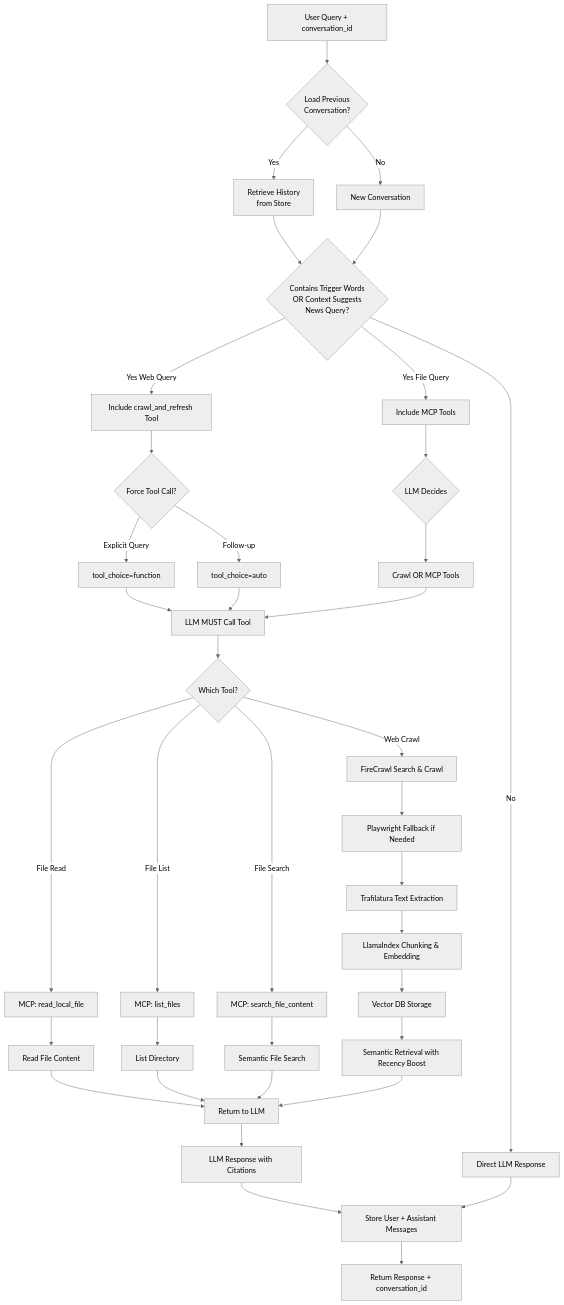
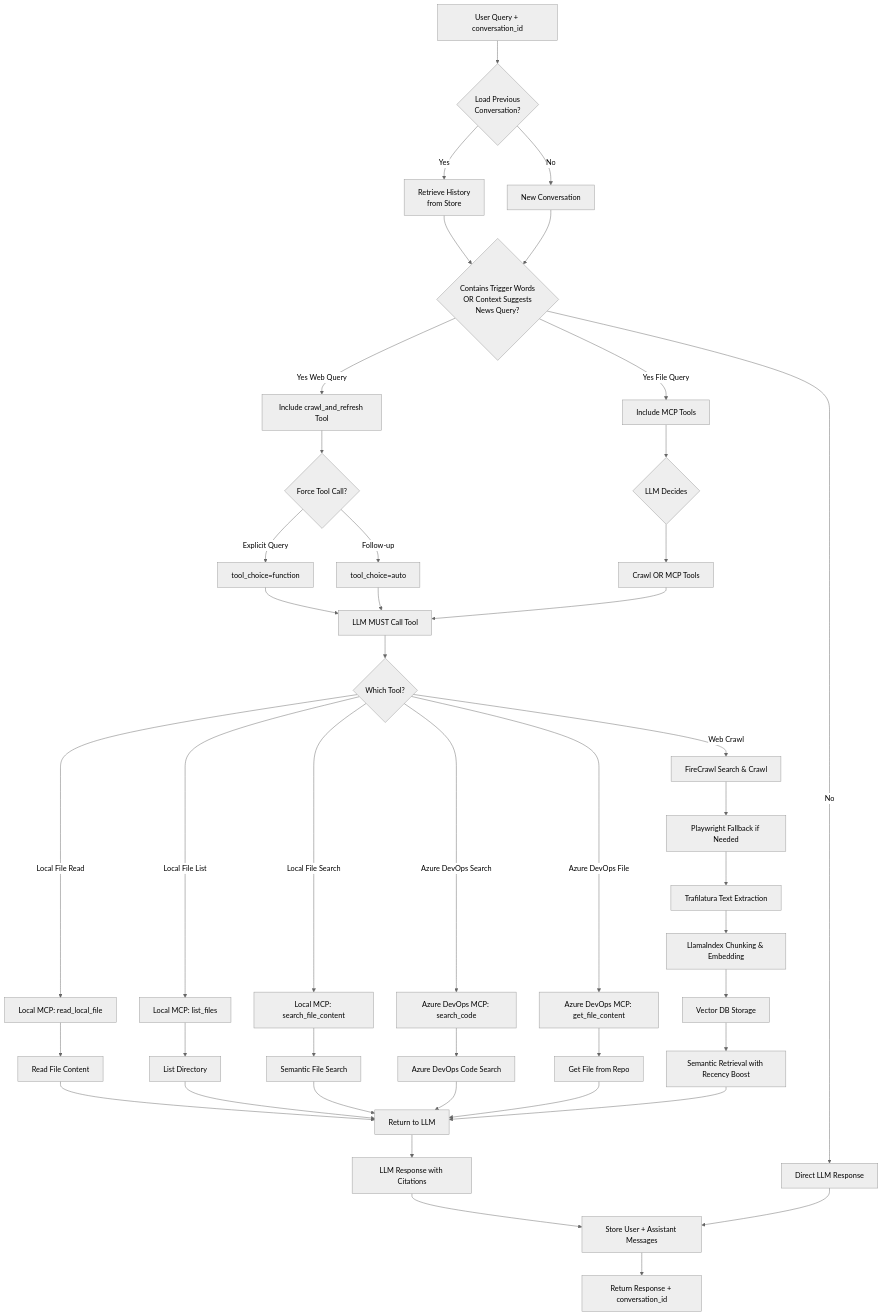
Before and after one commit to shushenglihotmail/LLMCrawl: the second of 2 diagrams in README.md, drawn with Mermaid (neutral theme). The commit also changed other lines of this file and 15 other files, not shown here.

````diff
--- a/README.md
+++ b/README.md
@@ -46,40 +50,46 @@
 ```mermaid
 graph TB
     A[User Query + conversation_id] --> B{Load Previous<br/>Conversation?}
     B -->|Yes| C[Retrieve History<br/>from Store]
     B -->|No| D[New Conversation]
     C --> E{Contains Trigger Words<br/>OR Context Suggests<br/>News Query?}
     D --> E
     E -->|Yes Web Query| F[Include crawl_and_refresh Tool]
     E -->|Yes File Query| F2[Include MCP Tools]
     E -->|No| G[Direct LLM Response]
     F --> H{Force Tool Call?}
     F2 --> H2{LLM Decides}
     H -->|Explicit Query| I[tool_choice=function]
     H -->|Follow-up| J[tool_choice=auto]
     H2 --> J2[Crawl OR MCP Tools]
     I --> K[LLM MUST Call Tool]
     J --> K
     J2 --> K
     K --> L{Which Tool?}
     L -->|Web Crawl| M[FireCrawl Search & Crawl]
-    L -->|File Read| N[MCP: read_local_file]
-    L -->|File List| O[MCP: list_files]
-    L -->|File Search| P[MCP: search_file_content]
+    L -->|Local File Read| N[Local MCP: read_local_file]
+    L -->|Local File List| O[Local MCP: list_files]
+    L -->|Local File Search| P[Local MCP: search_file_content]
+    L -->|Azure DevOps Search| Q1[Azure DevOps MCP: search_code]
+    L -->|Azure DevOps File| Q2[Azure DevOps MCP: get_file_content]
     M --> Q[Playwright Fallback if Needed]
     Q --> R[Trafilatura Text Extraction]
     R --> S[LlamaIndex Chunking & Embedding]
     S --> T[Vector DB Storage]
     T --> U[Semantic Retrieval with Recency Boost]
     N --> V[Read File Content]
     O --> W[List Directory]
     P --> X[Semantic File Search]
+    Q1 --> Y1[Azure DevOps Code Search]
+    Q2 --> Y2[Get File from Repo]
     V --> Y[Return to LLM]
     W --> Y
     X --> Y
+    Y1 --> Y
+    Y2 --> Y
     U --> Y
     Y --> Z[LLM Response with Citations]
     Z --> AA[Store User + Assistant Messages]
     AA --> AB[Return Response + conversation_id]
     G --> AA
 ```
````
